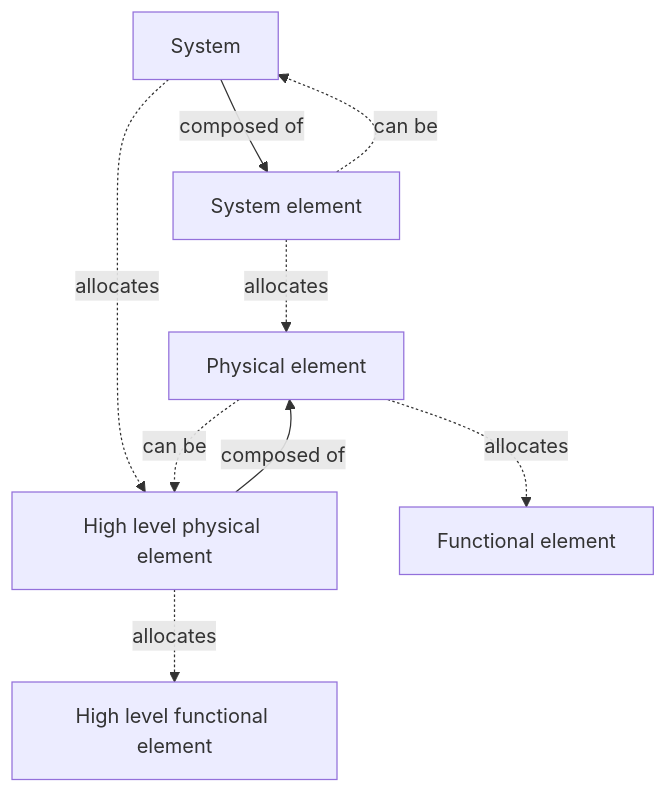
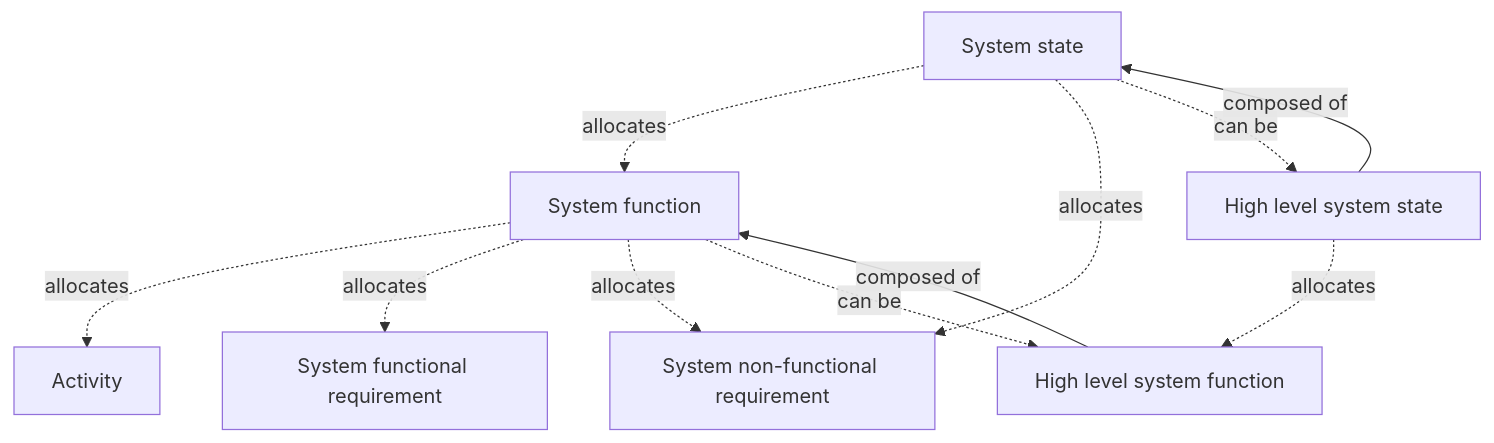
Before and after one commit to 3se-framework/3se-onto: diagram 11 of 12 in glossary.md, drawn with Mermaid. The commit also changed other lines of this file, not shown here.

````diff
--- a/glossary.md
+++ b/glossary.md
@@ -3302,18 +4389,21 @@
 ```mermaid
 flowchart TD
-    N1["System"]
-    N2["System element"]
-    N3["High level physical element"]
-    N4["Physical element"]
-    N5["High level functional element"]
-    N6["Functional element"]
+    N1["System state"]
+    N2["System function"]
+    N3["System non-functional requirement"]
+    N4["High level system state"]
+    N5["Activity"]
+    N6["System functional requirement"]
+    N7["High level system function"]
 
-    N1 -->|composed of| N2
+    N1 -.->|allocates| N2
     N1 -.->|allocates| N3
-    N2 -.->|allocates| N4
-    N2 -.->|can be| N1
-    N3 -->|composed of| N4
-    N3 -.->|allocates| N5
-    N4 -.->|allocates| N6
-    N4 -.->|can be| N3
+    N1 -.->|can be| N4
+    N2 -.->|allocates| N5
+    N2 -.->|allocates| N6
+    N2 -.->|allocates| N3
+    N2 -.->|can be| N7
+    N7 -->|composed of| N2
+    N4 -->|composed of| N1
+    N4 -.->|allocates| N7
 ```
````
